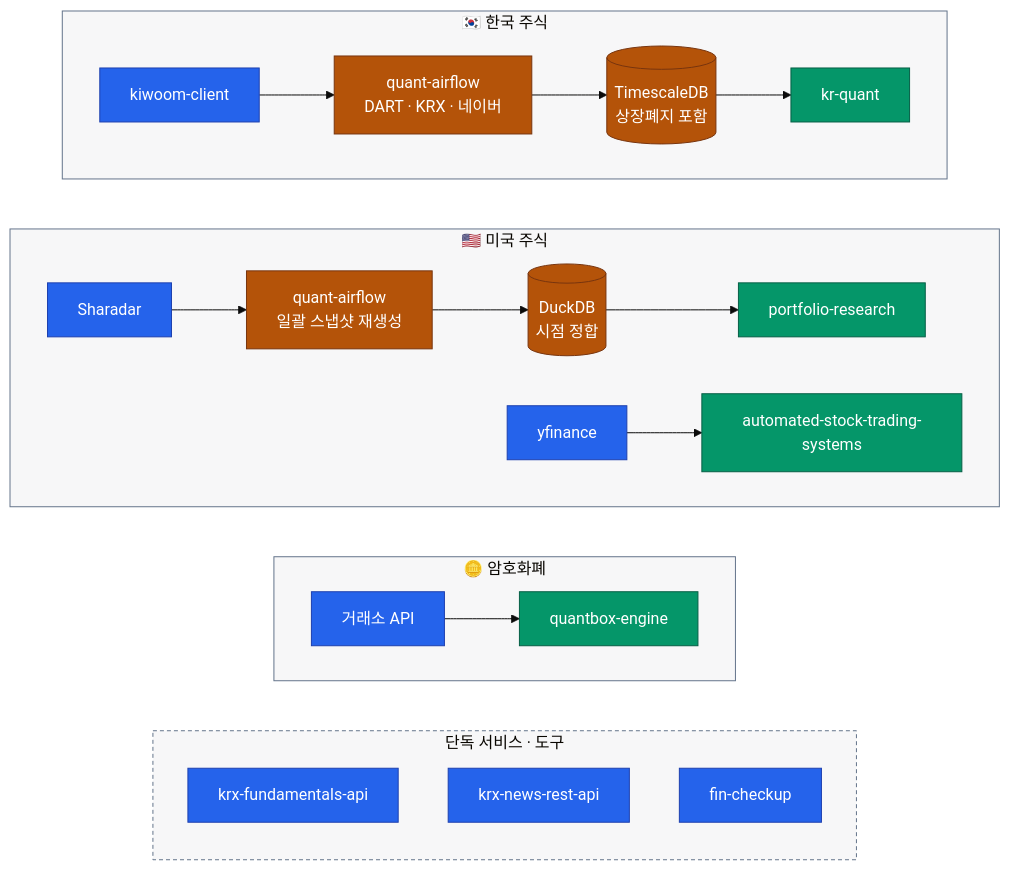
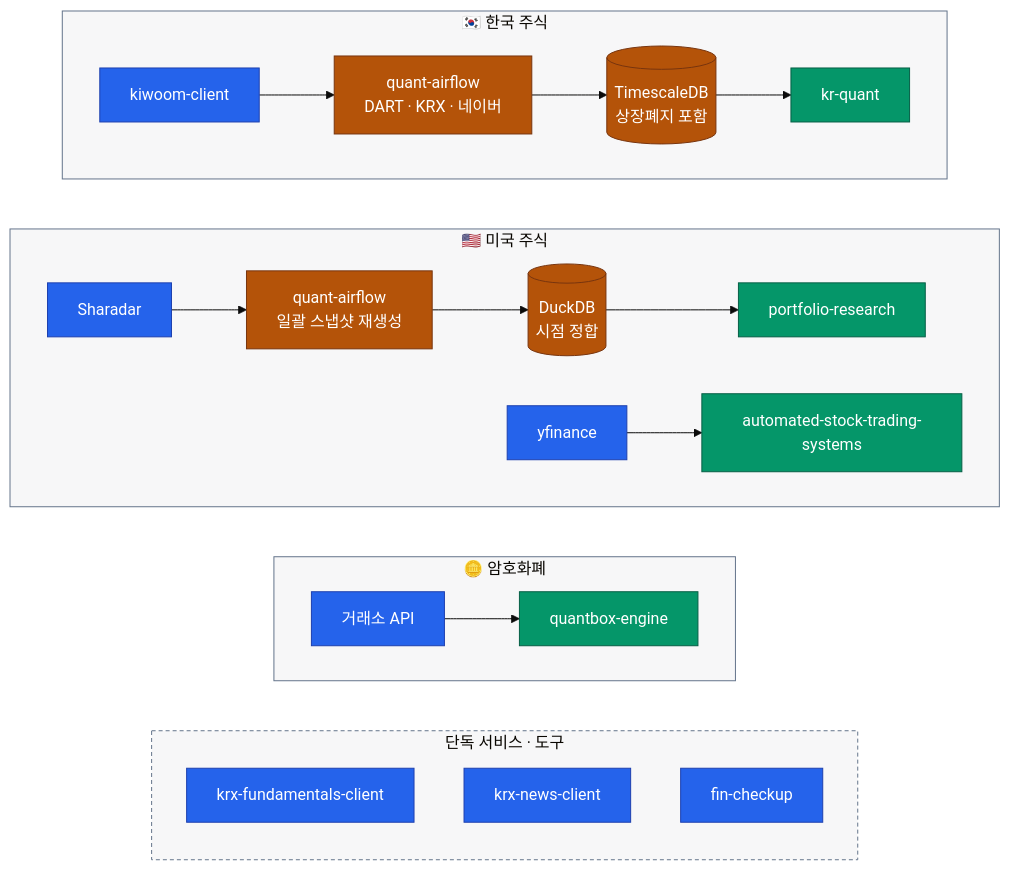
One commit to younghwan91/younghwan91 changed the diagram in README.ko.md. Above: the diagram before and after it, drawn with Mermaid (base theme). The commit also changed other lines of this file and 2 other files, not shown here.

Commit message:
docs(readme): krx-fundamentals-client·krx-news-client 링크 갱신
두 레포가 REST API에서 클라이언트 라이브러리로 전환되면서 저장소명이
krx-fundamentals-api→krx-fundamentals-client, krx-news-rest-api→
krx-news-client로 바뀌었다. 관련 프로젝트 링크·설명을 갱신한다.

Claude-Session: https://claude.ai/code/session_019rgV6VthsSQnTT6otA2xyr

````diff
--- a/README.ko.md
+++ b/README.ko.md
@@ -22,41 +22,41 @@
 ```mermaid
 flowchart TB
     subgraph KR ["🇰🇷 한국 주식"]
         direction LR
         K["kiwoom-client"] --> AF["quant-airflow<br/>DART · KRX · 네이버"] --> DB[("TimescaleDB<br/>상장폐지 포함")] --> Q["kr-quant"]
     end
 
     subgraph US ["🇺🇸 미국 주식"]
         direction LR
         SH["Sharadar"] --> AFU["quant-airflow<br/>일괄 스냅샷 재생성"] --> DD[("DuckDB<br/>시점 정합")] --> O["portfolio-research"]
         YF["yfinance"] --> AT["automated-stock-trading-systems"]
     end
 
     subgraph CX ["🪙 암호화폐"]
         direction LR
         EX["거래소 API"] --> CR["quantbox-engine"]
     end
 
     subgraph SVC ["단독 서비스 · 도구"]
         direction TB
-        F["krx-fundamentals-api"]
-        NW["krx-news-rest-api"]
+        F["krx-fundamentals-client"]
+        NW["krx-news-client"]
         FC["fin-checkup"]
     end
 
     %% 세로 정렬용 — `~~~` 는 그 자체로 보이지 않는 링크다(linkStyle 불필요).
     KR ~~~ US ~~~ CX ~~~ SVC
 
     classDef source fill:#2563EB,stroke:#1E40AF,color:#FFFFFF
     classDef move   fill:#B45309,stroke:#78350F,color:#FFFFFF
     classDef out    fill:#059669,stroke:#065F46,color:#FFFFFF
 
     class K,SH,YF,EX,F,NW,FC source
     class AF,AFU,DB,DD move
     class Q,O,AT,CR out
 
     style KR  fill:#0F172A08,stroke:#64748B
     style US  fill:#0F172A08,stroke:#64748B
     style CX  fill:#0F172A08,stroke:#64748B
     style SVC fill:#0F172A08,stroke:#64748B,stroke-dasharray:4 3
 ```
````
